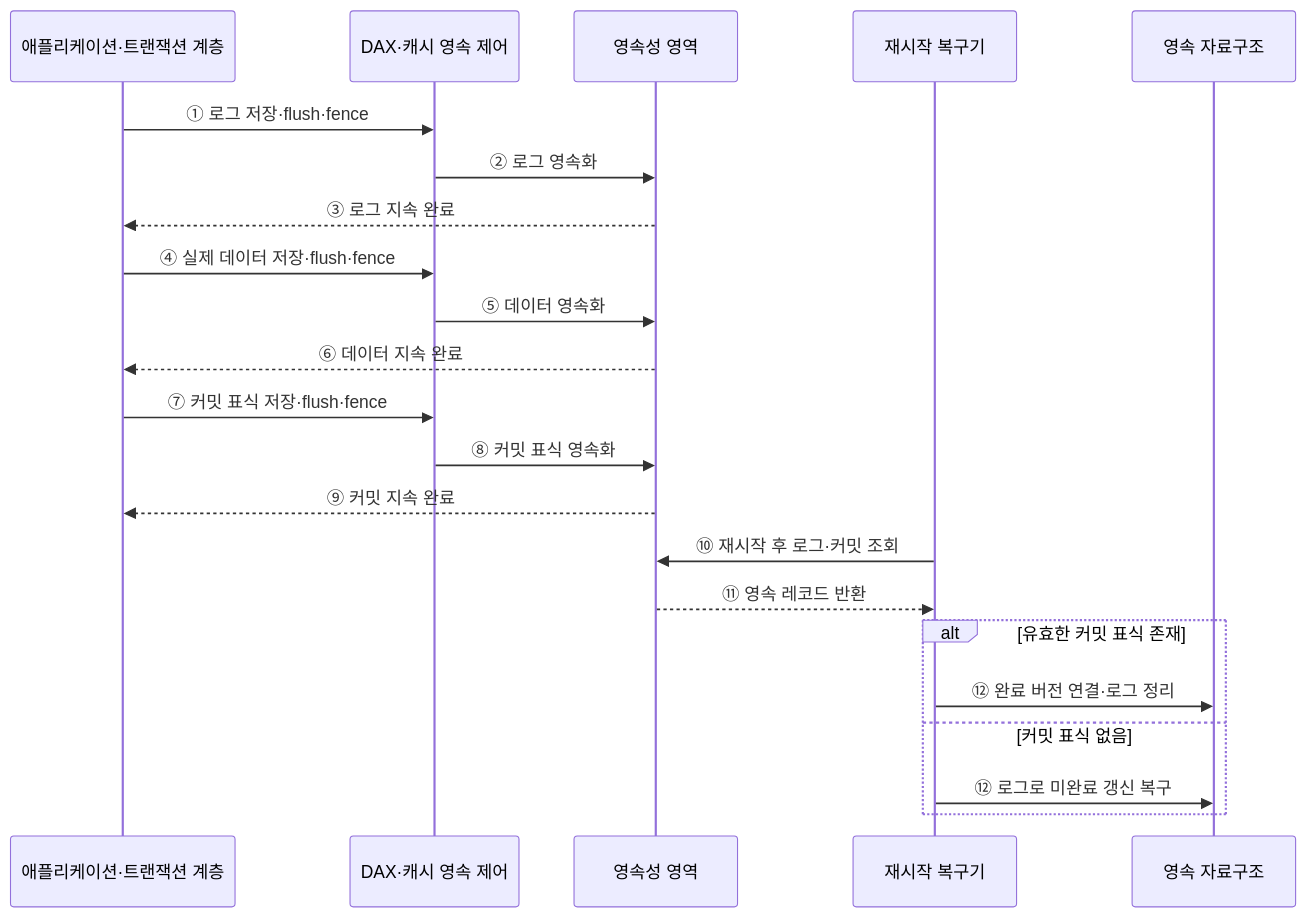
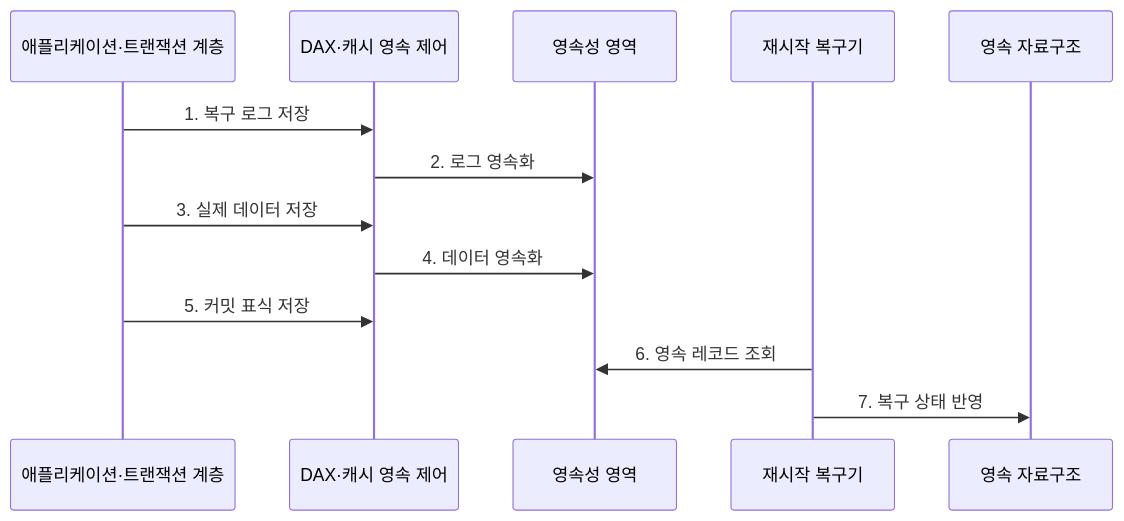
One commit to agnusdei1207/knowledge-base changed the second of 2 diagrams in src/content/docs/notes/02-hardware/082_persistent_memory.md. Above: the diagram before and after it, drawn with Mermaid. The commit also changed other lines of this file and 20 other files, not shown here.

````diff
--- a/src/content/docs/notes/02-hardware/082_persistent_memory.md
+++ b/src/content/docs/notes/02-hardware/082_persistent_memory.md
@@ -89,25 +88,16 @@
 ```mermaid
 sequenceDiagram
     participant A as 애플리케이션·트랜잭션 계층
     participant C as DAX·캐시 영속 제어
     participant P as 영속성 영역
     participant R as 재시작 복구기
     participant S as 영속 자료구조
 
-    A->>C: ① 로그 저장·flush·fence
-    C->>P: ② 로그 영속화
-    P-->>A: ③ 로그 지속 완료
-    A->>C: ④ 실제 데이터 저장·flush·fence
-    C->>P: ⑤ 데이터 영속화
-    P-->>A: ⑥ 데이터 지속 완료
-    A->>C: ⑦ 커밋 표식 저장·flush·fence
-    C->>P: ⑧ 커밋 표식 영속화
-    P-->>A: ⑨ 커밋 지속 완료
-    R->>P: ⑩ 재시작 후 로그·커밋 조회
-    P-->>R: ⑪ 영속 레코드 반환
-    alt 유효한 커밋 표식 존재
-        R->>S: ⑫ 완료 버전 연결·로그 정리
-    else 커밋 표식 없음
-        R->>S: ⑫ 로그로 미완료 갱신 복구
-    end
+    A->>C: 1. 복구 로그 저장
+    C->>P: 2. 로그 영속화
+    A->>C: 3. 실제 데이터 저장
+    C->>P: 4. 데이터 영속화
+    A->>C: 5. 커밋 표식 저장
+    R->>P: 6. 영속 레코드 조회
+    R->>S: 7. 복구 상태 반영
 ```
````
